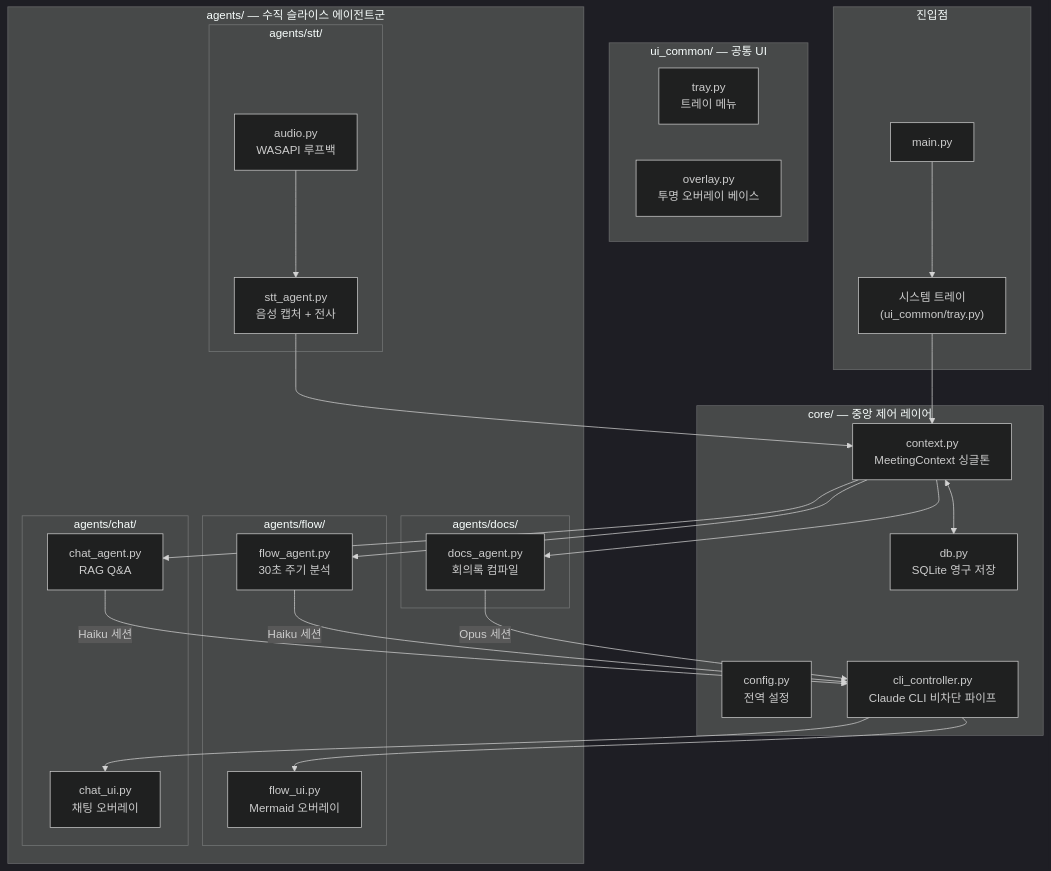
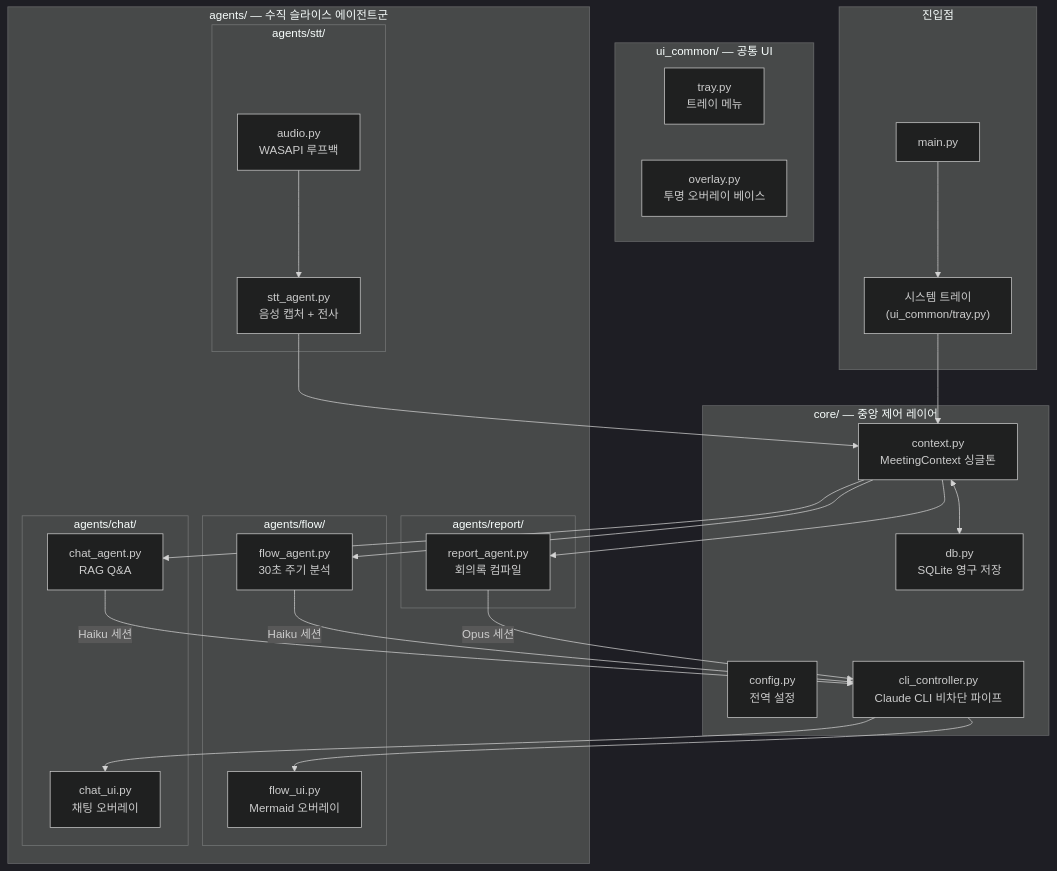
One commit to simturong/PrismFlow changed the diagram in docs/implementation_plan.md. Above: the diagram before and after it, drawn with Mermaid (dark theme). The commit also changed other lines of this file and 10 other files, not shown here.

First line of the commit message:
feat: complete Phase 5 (Report Agent) and formalize Phase 6 plan

````diff
--- a/docs/implementation_plan.md
+++ b/docs/implementation_plan.md
@@ -70,51 +70,51 @@
 ```mermaid
 graph TD
     subgraph 진입점
         Main["main.py"] --> SystemTray["시스템 트레이<br/>(ui_common/tray.py)"]
     end
 
     subgraph "core/ — 중앙 제어 레이어"
         Config["config.py<br/>전역 설정"]
         Context["context.py<br/>MeetingContext 싱글톤"]
         DB["db.py<br/>SQLite 영구 저장"]
         CLI["cli_controller.py<br/>Claude CLI 비차단 파이프"]
     end
 
     subgraph "ui_common/ — 공통 UI"
         Tray["tray.py<br/>트레이 메뉴"]
         Overlay["overlay.py<br/>투명 오버레이 베이스"]
     end
 
     subgraph "agents/ — 수직 슬라이스 에이전트군"
         subgraph "agents/stt/"
             STT_Agent["stt_agent.py<br/>음성 캡처 + 전사"]
             Audio["audio.py<br/>WASAPI 루프백"]
         end
         subgraph "agents/flow/"
             Flow_Agent["flow_agent.py<br/>30초 주기 분석"]
             Flow_UI["flow_ui.py<br/>Mermaid 오버레이"]
         end
         subgraph "agents/chat/"
             Chat_Agent["chat_agent.py<br/>RAG Q&A"]
             Chat_UI["chat_ui.py<br/>채팅 오버레이"]
         end
-        subgraph "agents/docs/"
-            Docs_Agent["docs_agent.py<br/>회의록 컴파일"]
+        subgraph "agents/report/"
+            Report_Agent["report_agent.py<br/>회의록 컴파일"]
         end
     end
 
     SystemTray --> Context
     Audio --> STT_Agent --> Context
     Context <--> DB
 
     Flow_Agent -->|"Haiku 세션"| CLI
     Chat_Agent -->|"Haiku 세션"| CLI
-    Docs_Agent -->|"Opus 세션"| CLI
+    Report_Agent -->|"Opus 세션"| CLI
 
     Context --> Flow_Agent
     Context --> Chat_Agent
-    Context --> Docs_Agent
+    Context --> Report_Agent
 
     CLI --> Flow_UI
     CLI --> Chat_UI
 ```
````
